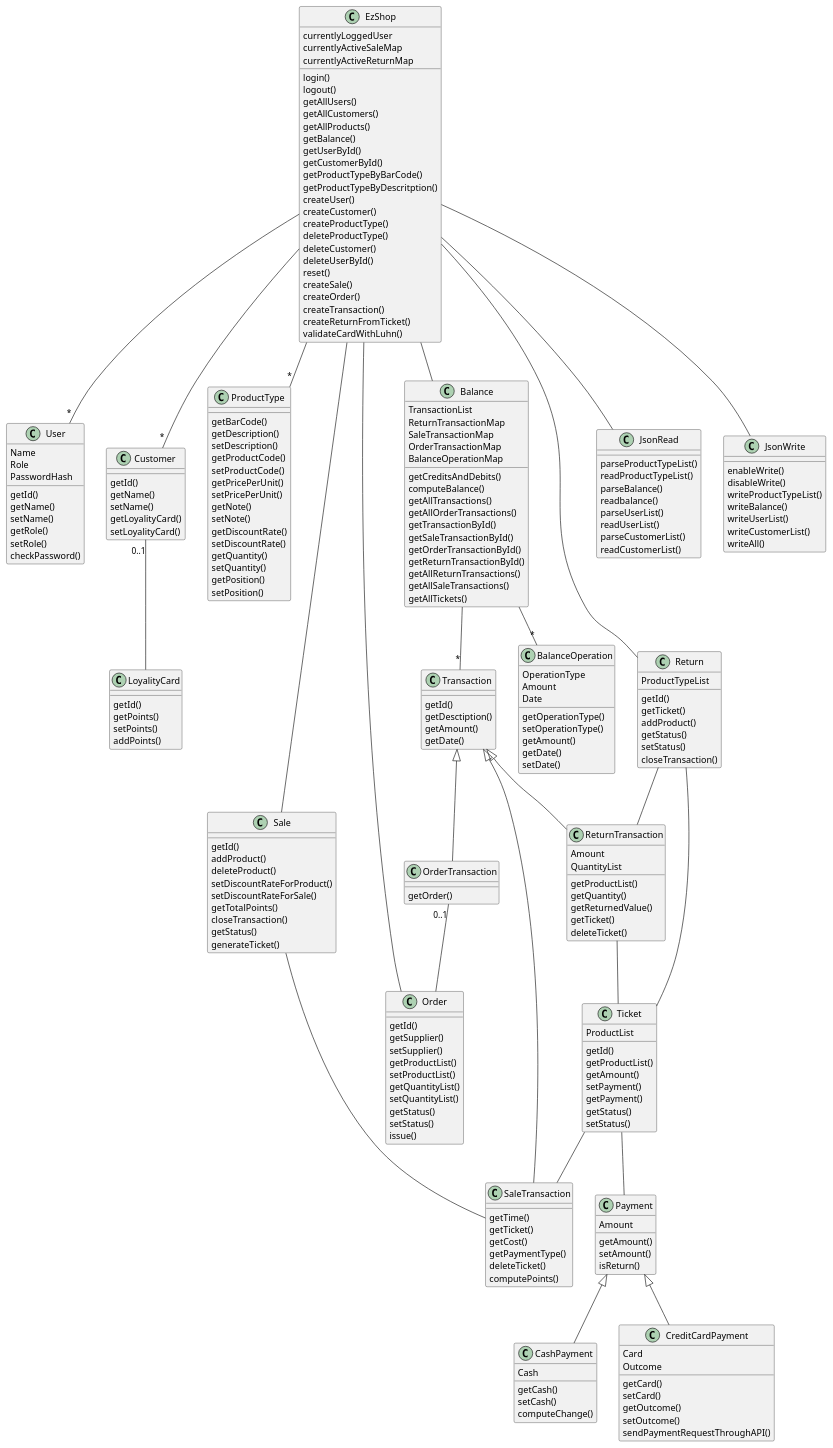
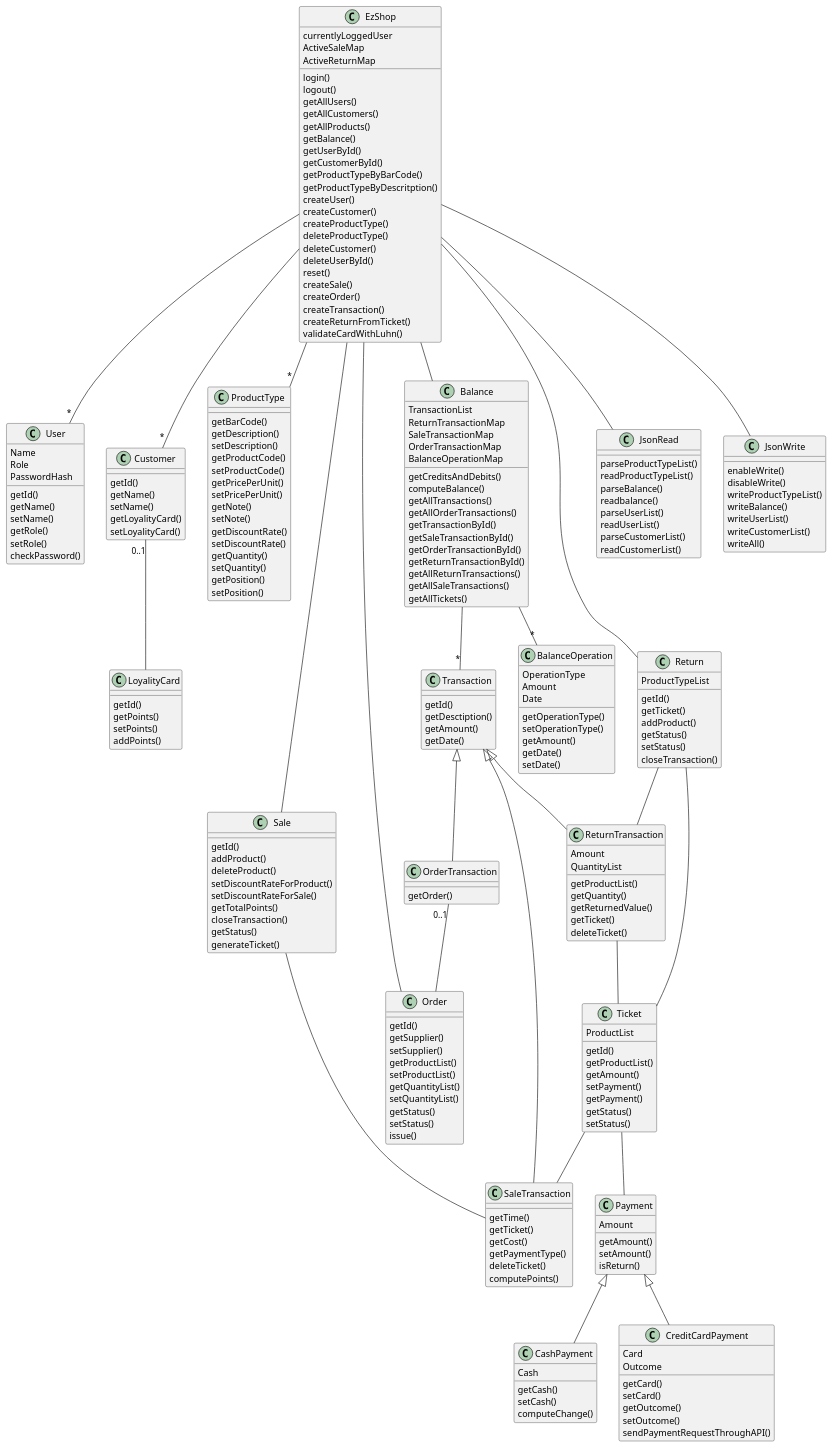
Before and after one commit to paolotron/EzshoProject31: the second of 4 diagrams in Deliverables/DesignDocument.md, drawn with PlantUML.

```diff
--- a/Deliverables/DesignDocument.md
+++ b/Deliverables/DesignDocument.md
@@ -81,8 +81,8 @@
     createReturnFromTicket()
     validateCardWithLuhn()
     currentlyLoggedUser
-    currentlyActiveSaleMap
-    currentlyActiveReturnMap
+    ActiveSaleMap
+    ActiveReturnMap
 }
 class User{
     Name
```
